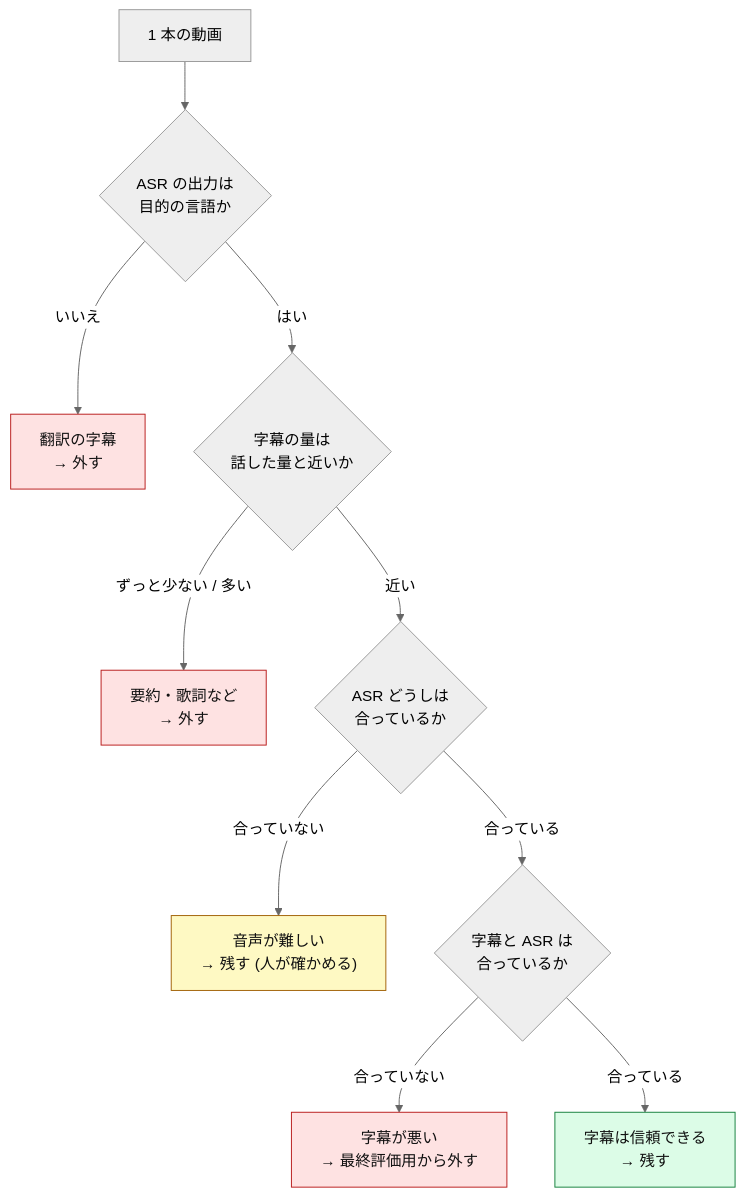
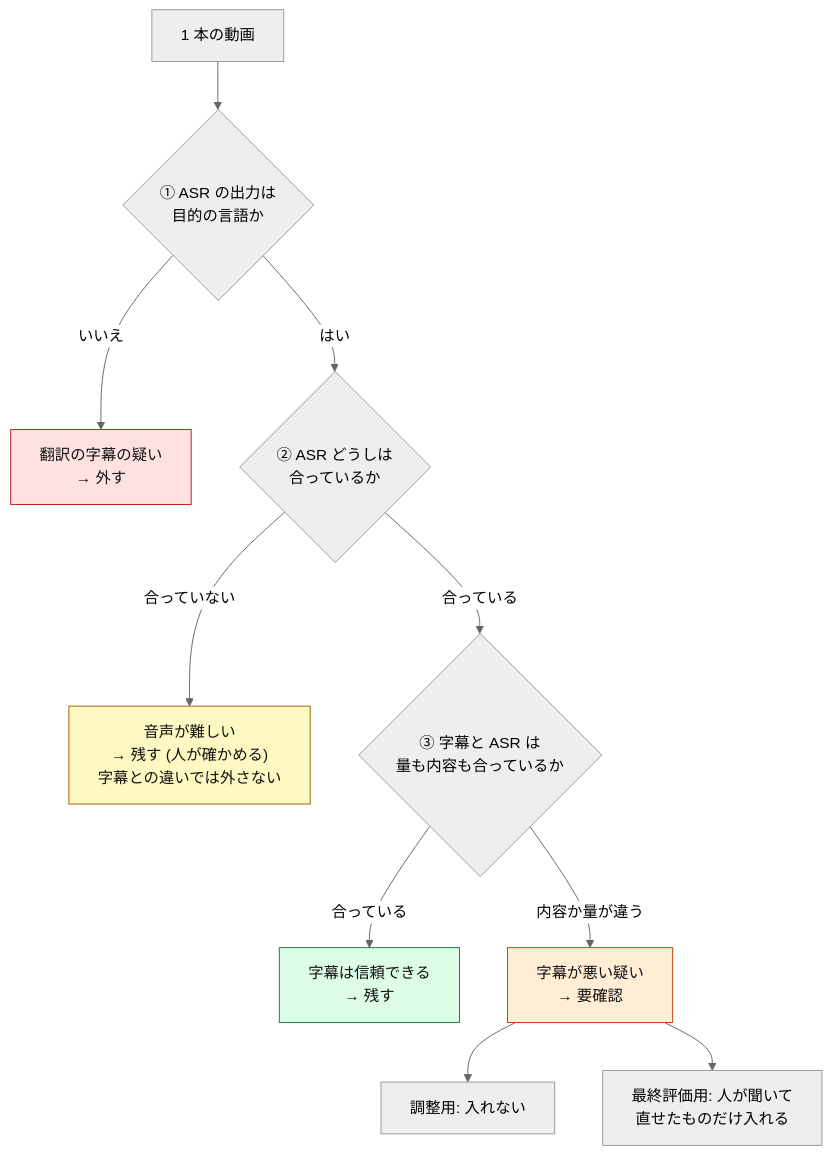
One commit to Mega-Gorilla/livecap-cli changed the fourth of 6 diagrams in docs/guides/benchmark/yodas2-longform-dataset.md. Above: the diagram before and after it, drawn with Mermaid (neutral theme). The commit also changed other lines of this file, not shown here.

````diff
--- a/docs/guides/benchmark/yodas2-longform-dataset.md
+++ b/docs/guides/benchmark/yodas2-longform-dataset.md
@@ -196,17 +213,16 @@
 ```mermaid
 flowchart TD
-    S["1 本の動画"] --> Q1{"ASR の出力は<br/>目的の言語か"}
-    Q1 -- いいえ --> X1["翻訳の字幕<br/>→ 外す"]
-    Q1 -- はい --> Q2{"字幕の量は<br/>話した量と近いか"}
-    Q2 -- "ずっと少ない / 多い" --> X2["要約・歌詞など<br/>→ 外す"]
-    Q2 -- 近い --> Q3{"ASR どうしは<br/>合っているか"}
-    Q3 -- 合っていない --> H["音声が難しい<br/>→ 残す (人が確かめる)"]
-    Q3 -- 合っている --> Q4{"字幕と ASR は<br/>合っているか"}
-    Q4 -- 合っていない --> X3["字幕が悪い<br/>→ 最終評価用から外す"]
-    Q4 -- 合っている --> G["字幕は信頼できる<br/>→ 残す"]
+    S["1 本の動画"] --> Q1{"① ASR の出力は<br/>目的の言語か"}
+    Q1 -- いいえ --> X1["翻訳の字幕の疑い<br/>→ 外す"]
+    Q1 -- はい --> Q2{"② ASR どうしは<br/>合っているか"}
+    Q2 -- 合っていない --> H["音声が難しい<br/>→ 残す (人が確かめる)<br/>字幕との違いでは外さない"]
+    Q2 -- 合っている --> Q3{"③ 字幕と ASR は<br/>量も内容も合っているか"}
+    Q3 -- 合っている --> G["字幕は信頼できる<br/>→ 残す"]
+    Q3 -- "内容か量が違う" --> C["字幕が悪い疑い<br/>→ 要確認"]
+    C --> C1["調整用: 入れない"]
+    C --> C2["最終評価用: 人が聞いて<br/>直せたものだけ入れる"]
     style X1 fill:#fee2e2,stroke:#b91c1c,color:#111
-    style X2 fill:#fee2e2,stroke:#b91c1c,color:#111
-    style X3 fill:#fee2e2,stroke:#b91c1c,color:#111
+    style C fill:#ffedd5,stroke:#c2410c,color:#111
     style H fill:#fef9c3,stroke:#a16207,color:#111
     style G fill:#dcfce7,stroke:#15803d,color:#111
 ```
````
